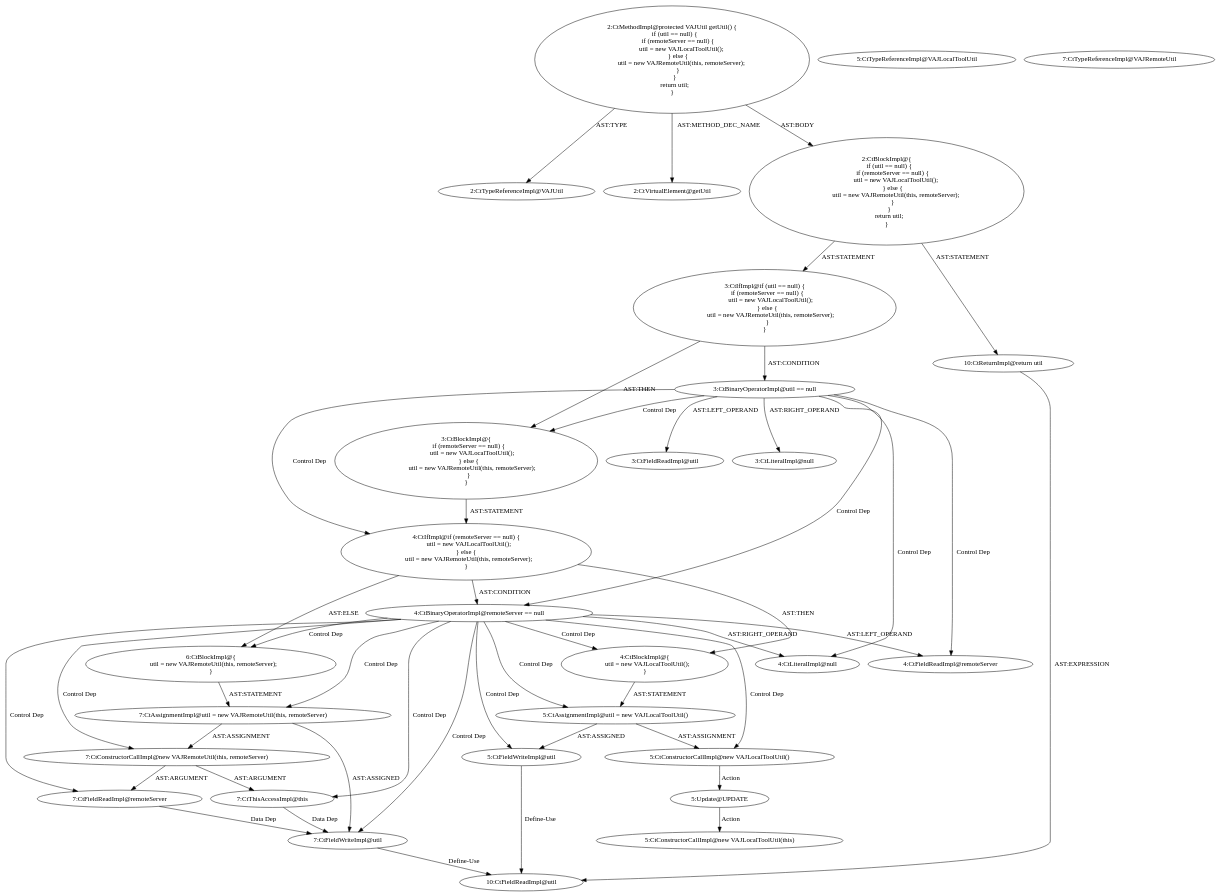
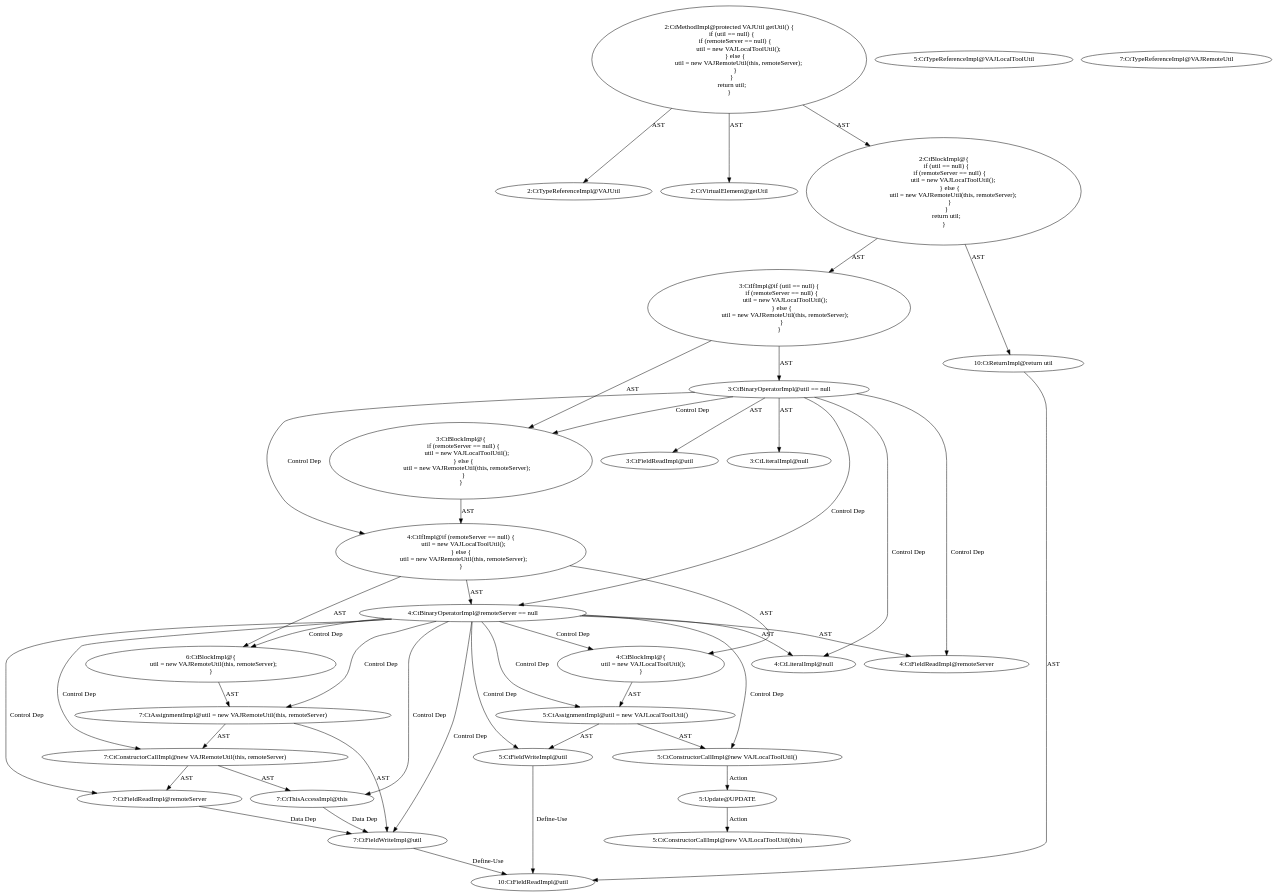
One commit to ssmingz/FixGen changed the diagram in codegraph4spoon/out/c3_ant_13_0_action.dot. Above: the diagram before and after it, drawn with Graphviz. The commit also changed 11 other files, not shown here.

```diff
--- a/codegraph4spoon/out/c3_ant_13_0_action.dot
+++ b/codegraph4spoon/out/c3_ant_13_0_action.dot
@@ -1,114 +1,114 @@
 digraph "getUtil#?" {
 0 [label="2:CtTypeReferenceImpl@VAJUtil" shape=ellipse]
 1 [label="2:CtVirtualElement@getUtil" shape=ellipse]
 2 [label="3:CtFieldReadImpl@util" shape=ellipse]
 3 [label="3:CtLiteralImpl@null" shape=ellipse]
 4 [label="3:CtBinaryOperatorImpl@util == null" shape=ellipse]
 5 [label="4:CtFieldReadImpl@remoteServer" shape=ellipse]
 6 [label="4:CtLiteralImpl@null" shape=ellipse]
 7 [label="4:CtBinaryOperatorImpl@remoteServer == null" shape=ellipse]
 8 [label="5:CtFieldWriteImpl@util" shape=ellipse]
 9 [label="5:CtTypeReferenceImpl@VAJLocalToolUtil" shape=ellipse]
 10 [label="5:CtConstructorCallImpl@new VAJLocalToolUtil()" shape=ellipse]
 11 [label="5:CtAssignmentImpl@util = new VAJLocalToolUtil()" shape=ellipse]
 12 [label="4:CtBlockImpl@\{
     util = new VAJLocalToolUtil();
 \}" shape=ellipse]
 13 [label="7:CtFieldWriteImpl@util" shape=ellipse]
 14 [label="7:CtTypeReferenceImpl@VAJRemoteUtil" shape=ellipse]
 15 [label="7:CtThisAccessImpl@this" shape=ellipse]
 16 [label="7:CtFieldReadImpl@remoteServer" shape=ellipse]
 17 [label="7:CtConstructorCallImpl@new VAJRemoteUtil(this, remoteServer)" shape=ellipse]
 18 [label="7:CtAssignmentImpl@util = new VAJRemoteUtil(this, remoteServer)" shape=ellipse]
 19 [label="6:CtBlockImpl@\{
     util = new VAJRemoteUtil(this, remoteServer);
 \}" shape=ellipse]
 20 [label="4:CtIfImpl@if (remoteServer == null) \{
     util = new VAJLocalToolUtil();
 \} else \{
     util = new VAJRemoteUtil(this, remoteServer);
 \}" shape=ellipse]
 21 [label="3:CtBlockImpl@\{
     if (remoteServer == null) \{
         util = new VAJLocalToolUtil();
     \} else \{
         util = new VAJRemoteUtil(this, remoteServer);
     \}
 \}" shape=ellipse]
 22 [label="3:CtIfImpl@if (util == null) \{
     if (remoteServer == null) \{
         util = new VAJLocalToolUtil();
     \} else \{
         util = new VAJRemoteUtil(this, remoteServer);
     \}
 \}" shape=ellipse]
 23 [label="10:CtFieldReadImpl@util" shape=ellipse]
 24 [label="10:CtReturnImpl@return util" shape=ellipse]
 25 [label="2:CtBlockImpl@\{
     if (util == null) \{
         if (remoteServer == null) \{
             util = new VAJLocalToolUtil();
         \} else \{
             util = new VAJRemoteUtil(this, remoteServer);
         \}
     \}
     return util;
 \}" shape=ellipse]
 26 [label="2:CtMethodImpl@protected VAJUtil getUtil() \{
     if (util == null) \{
         if (remoteServer == null) \{
             util = new VAJLocalToolUtil();
         \} else \{
             util = new VAJRemoteUtil(this, remoteServer);
         \}
     \}
     return util;
 \}" shape=ellipse]
 27 [label="5:Update@UPDATE" shape=ellipse]
 28 [label="5:CtConstructorCallImpl@new VAJLocalToolUtil(this)" shape=ellipse]
-4 -> 2 [label="AST:LEFT_OPERAND"];
-4 -> 3 [label="AST:RIGHT_OPERAND"];
+4 -> 2 [label="AST"];
+4 -> 3 [label="AST"];
 4 -> 21 [label="Control Dep"];
 4 -> 20 [label="Control Dep"];
 4 -> 7 [label="Control Dep"];
 4 -> 5 [label="Control Dep"];
 4 -> 6 [label="Control Dep"];
-7 -> 5 [label="AST:LEFT_OPERAND"];
-7 -> 6 [label="AST:RIGHT_OPERAND"];
+7 -> 5 [label="AST"];
+7 -> 6 [label="AST"];
 7 -> 12 [label="Control Dep"];
 7 -> 11 [label="Control Dep"];
 7 -> 8 [label="Control Dep"];
 7 -> 10 [label="Control Dep"];
 7 -> 19 [label="Control Dep"];
 7 -> 18 [label="Control Dep"];
 7 -> 13 [label="Control Dep"];
 7 -> 17 [label="Control Dep"];
 7 -> 15 [label="Control Dep"];
 7 -> 16 [label="Control Dep"];
 8 -> 23 [label="Define-Use"];
 10 -> 27 [label="Action"];
-11 -> 8 [label="AST:ASSIGNED"];
-11 -> 10 [label="AST:ASSIGNMENT"];
-12 -> 11 [label="AST:STATEMENT"];
+11 -> 8 [label="AST"];
+11 -> 10 [label="AST"];
+12 -> 11 [label="AST"];
 13 -> 23 [label="Define-Use"];
 15 -> 13 [label="Data Dep"];
 16 -> 13 [label="Data Dep"];
-17 -> 15 [label="AST:ARGUMENT"];
-17 -> 16 [label="AST:ARGUMENT"];
-18 -> 13 [label="AST:ASSIGNED"];
-18 -> 17 [label="AST:ASSIGNMENT"];
-19 -> 18 [label="AST:STATEMENT"];
-20 -> 7 [label="AST:CONDITION"];
-20 -> 12 [label="AST:THEN"];
-20 -> 19 [label="AST:ELSE"];
-21 -> 20 [label="AST:STATEMENT"];
-22 -> 4 [label="AST:CONDITION"];
-22 -> 21 [label="AST:THEN"];
-24 -> 23 [label="AST:EXPRESSION"];
-25 -> 22 [label="AST:STATEMENT"];
-25 -> 24 [label="AST:STATEMENT"];
-26 -> 1 [label="AST:METHOD_DEC_NAME"];
-26 -> 0 [label="AST:TYPE"];
-26 -> 25 [label="AST:BODY"];
+17 -> 15 [label="AST"];
+17 -> 16 [label="AST"];
+18 -> 13 [label="AST"];
+18 -> 17 [label="AST"];
+19 -> 18 [label="AST"];
+20 -> 7 [label="AST"];
+20 -> 12 [label="AST"];
+20 -> 19 [label="AST"];
+21 -> 20 [label="AST"];
+22 -> 4 [label="AST"];
+22 -> 21 [label="AST"];
+24 -> 23 [label="AST"];
+25 -> 22 [label="AST"];
+25 -> 24 [label="AST"];
+26 -> 1 [label="AST"];
+26 -> 0 [label="AST"];
+26 -> 25 [label="AST"];
 27 -> 28 [label="Action"];
 }
```
